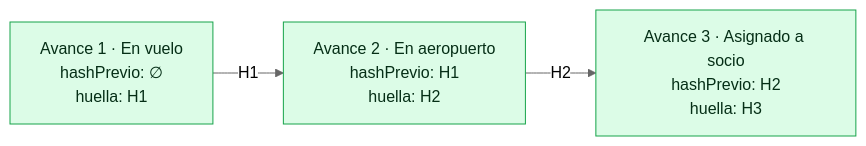
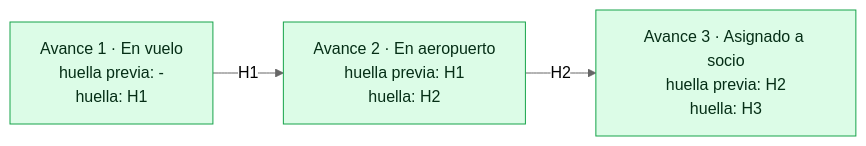
One commit to JairoHGomezCastillo/hubx changed the third of 5 diagrams in docs/diagramas/03-dominio-ledger.md. Above: the diagram before and after it, drawn with Mermaid (neutral theme). The commit also changed other lines of this file and 6 other files, not shown here.

Commit message:
[agent:hubx-lead] 011 update docs/diagramas to the current state

````diff
--- a/docs/diagramas/03-dominio-ledger.md
+++ b/docs/diagramas/03-dominio-ledger.md
@@ -86,11 +94,11 @@
 ```mermaid
 flowchart LR
-    A0["Avance 1 · En vuelo<br/>hashPrevio: ∅<br/>huella: H1"]
-    A1["Avance 2 · En aeropuerto<br/>hashPrevio: H1<br/>huella: H2"]
-    A2["Avance 3 · Asignado a socio<br/>hashPrevio: H2<br/>huella: H3"]
+    A0["Avance 1 · En vuelo<br/>huella previa: -<br/>huella: H1"]
+    A1["Avance 2 · En aeropuerto<br/>huella previa: H1<br/>huella: H2"]
+    A2["Avance 3 · Asignado a socio<br/>huella previa: H2<br/>huella: H3"]
 
     A0 -->|"H1"| A1 -->|"H2"| A2
 
     classDef ev fill:#dcfce7,stroke:#16a34a,color:#052e16;
     class A0,A1,A2 ev;
 ```
````
